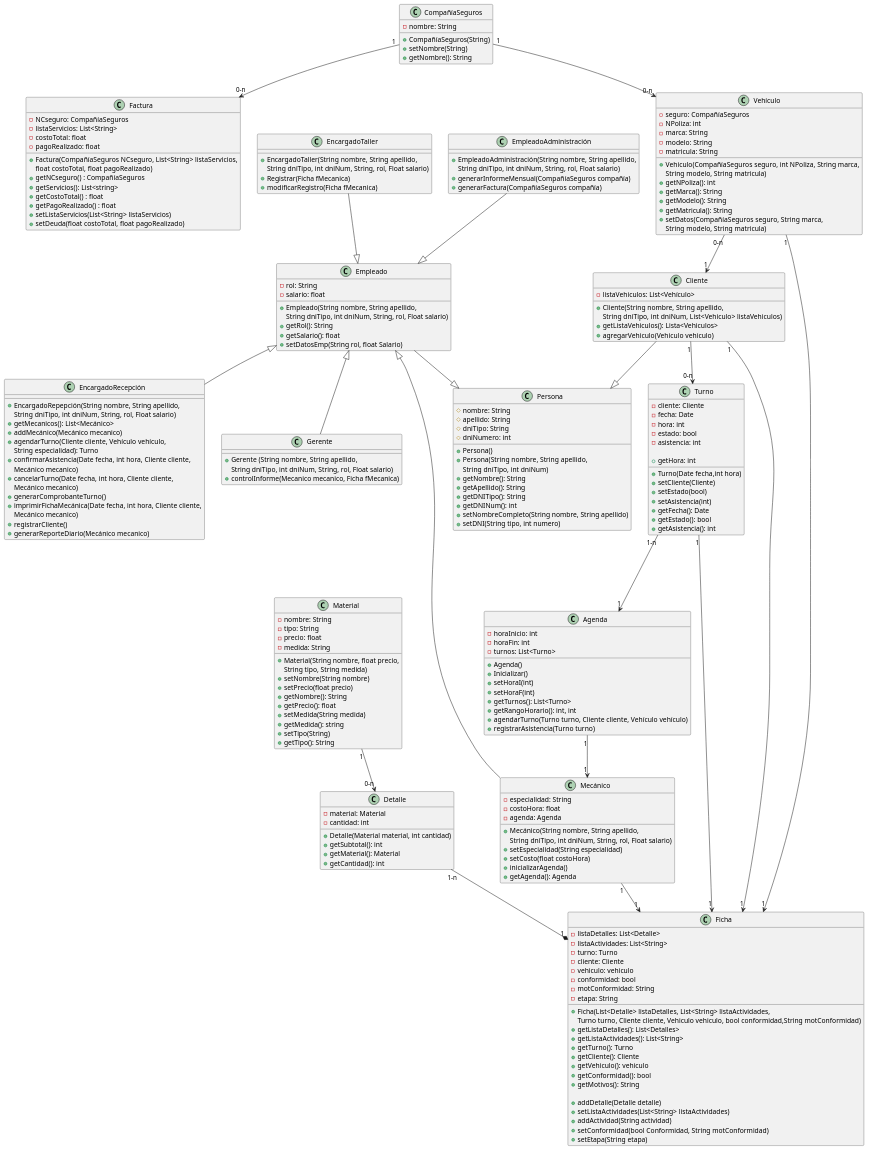
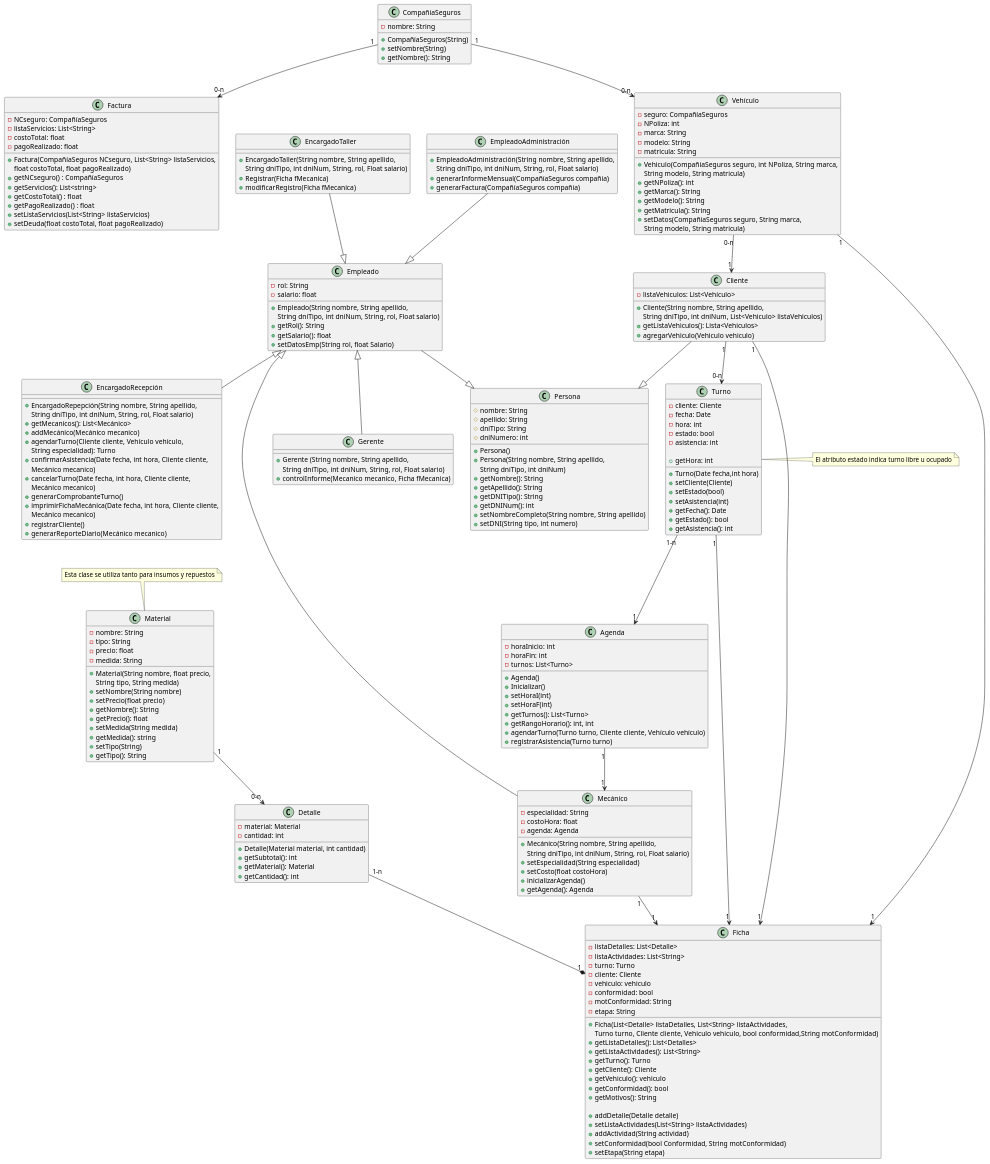
The diagram in UML/Diagrama_de_Clases.puml (MatiasCermak/tp-integrador-doo), drawn with PlantUML before and after one commit. The commit also changed 2 other files, not shown here.

Commit message:
Diagrama Estado Turno Completo

```diff
--- a/UML/Diagrama_de_Clases.puml
+++ b/UML/Diagrama_de_Clases.puml
@@ -23,6 +23,7 @@
     + getEstado(): bool
     + getAsistencia(): int
 }
+note right of Turno : El atributo estado indica turno libre u ocupado
 
 class Detalle{
     - material: Material
@@ -123,6 +124,7 @@
     + setTipo(String)
     + getTipo(): String
 }
+note top of Material : Esta clase se utiliza tanto para insumos y repuestos
 
 class Factura{
     - NCseguro: CompañíaSeguros
```
